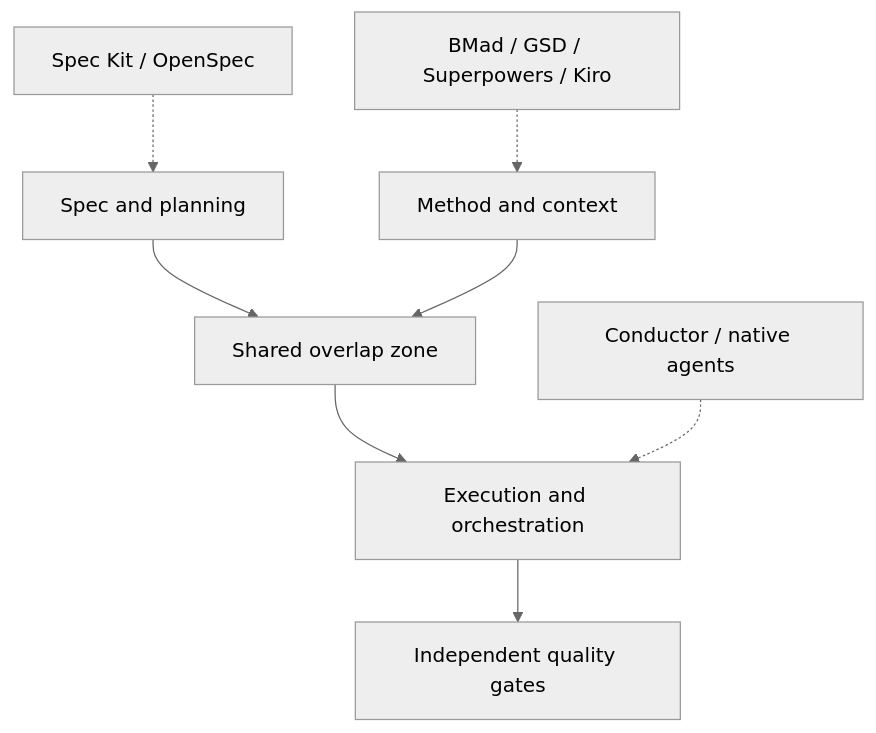
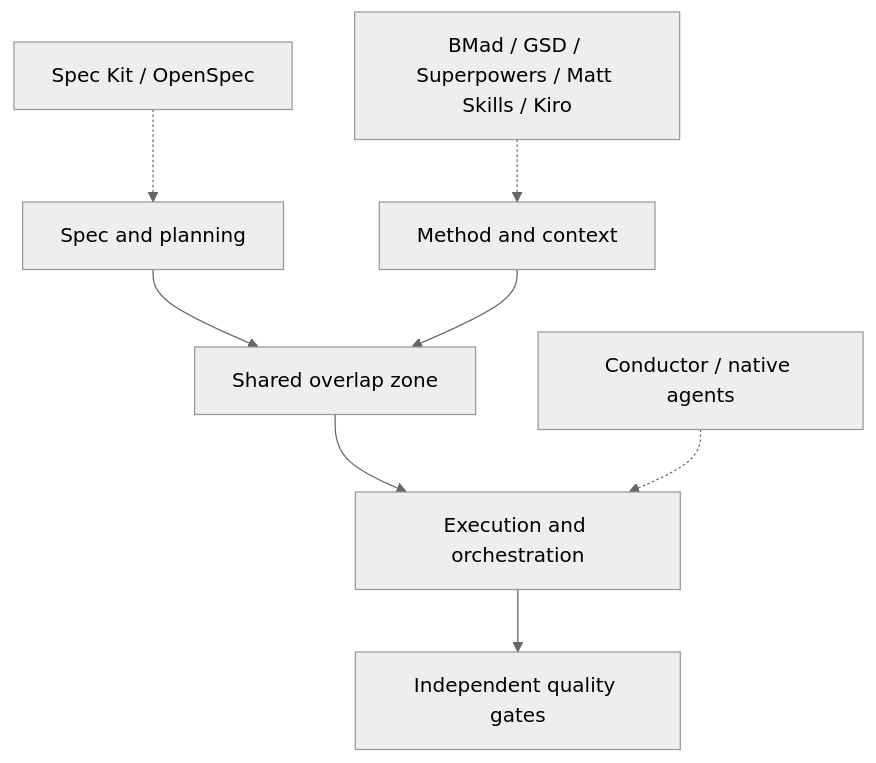
The eighth of 8 diagrams in AI-ML/Agents/development/AI-Coding-Methodologies-and-Tooling-2026.md (rsrini7/Learnings), drawn with Mermaid (neutral theme) before and after one commit. The commit also changed other lines of this file and 3 other files, not shown here.

````diff
--- a/AI-ML/Agents/development/AI-Coding-Methodologies-and-Tooling-2026.md
+++ b/AI-ML/Agents/development/AI-Coding-Methodologies-and-Tooling-2026.md
@@ -476,11 +515,11 @@
 ```mermaid
 flowchart TB
     S["Spec and planning"] --> X["Shared overlap zone"]
     M["Method and context"] --> X
     X --> E["Execution and orchestration"]
     E --> Q["Independent quality gates"]
 
     SK["Spec Kit / OpenSpec"] -.-> S
-    BM["BMad / GSD / Superpowers / Kiro"] -.-> M
+    BM["BMad / GSD / Superpowers / Matt Skills / Kiro"] -.-> M
     CO["Conductor / native agents"] -.-> E
 ```
````
